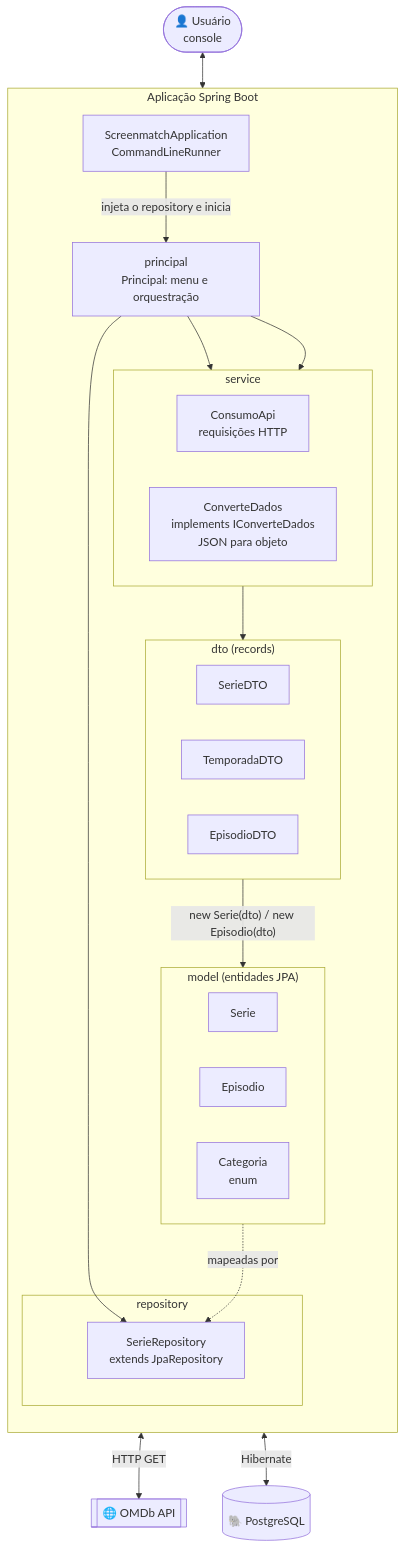
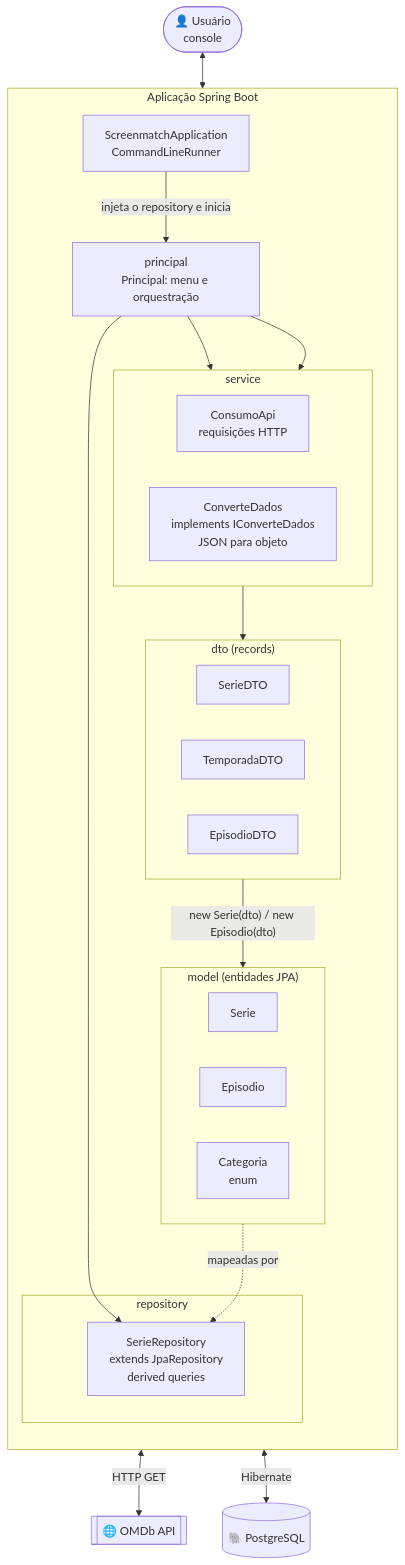
Before and after one commit to IgorPedrol/Screenmatch: the first of 6 diagrams in README.md, drawn with Mermaid. The commit also changed other lines of this file, not shown here.

````diff
--- a/README.md
+++ b/README.md
@@ -85,48 +88,48 @@
 ```mermaid
 flowchart TB
     U(["👤 Usuário<br/>console"])
 
     subgraph APP["Aplicação Spring Boot"]
         direction TB
         MAIN["ScreenmatchApplication<br/>CommandLineRunner"]
         P["principal<br/>Principal: menu e orquestração"]
 
         subgraph SVC["service"]
             direction LR
             CA["ConsumoApi<br/>requisições HTTP"]
             CD["ConverteDados<br/>implements IConverteDados<br/>JSON para objeto"]
         end
 
         subgraph DTO["dto (records)"]
             direction LR
             D1["SerieDTO"]
             D2["TemporadaDTO"]
             D3["EpisodioDTO"]
         end
 
         subgraph MDL["model (entidades JPA)"]
             direction LR
             M1["Serie"]
             M2["Episodio"]
             M3["Categoria<br/>enum"]
         end
 
         subgraph REPO["repository"]
-            R1["SerieRepository<br/>extends JpaRepository"]
+            R1["SerieRepository<br/>extends JpaRepository<br/>derived queries"]
         end
     end
 
     DB[("🐘 PostgreSQL")]
     API[["🌐 OMDb API"]]
 
     U <--> P
     MAIN -->|"injeta o repository e inicia"| P
     P --> CA
     CA <-->|"HTTP GET"| API
     P --> CD
     CD --> DTO
     DTO -->|"new Serie(dto) / new Episodio(dto)"| MDL
     P --> R1
     R1 <-->|"Hibernate"| DB
     MDL -.->|"mapeadas por"| R1
 ```
````
